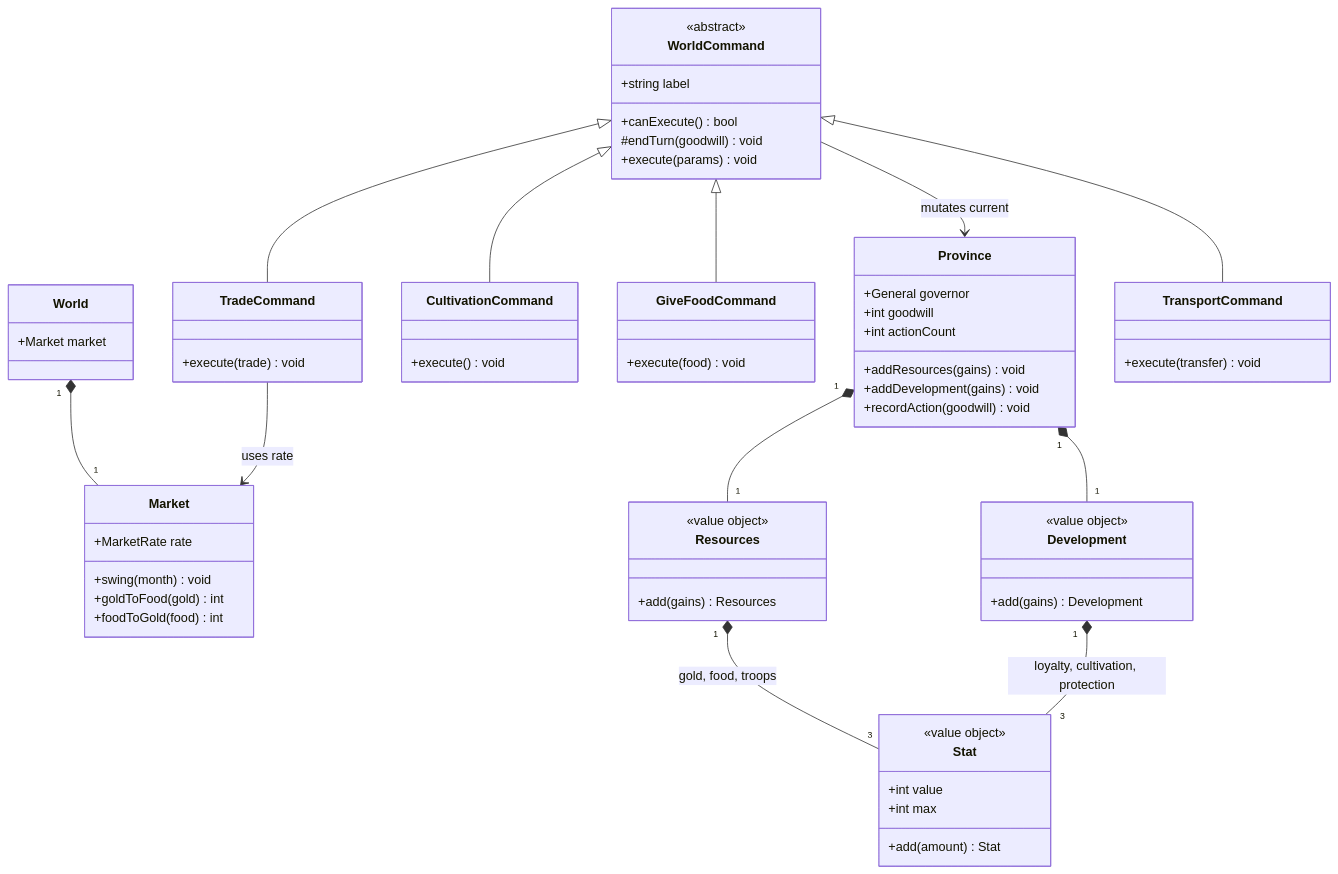
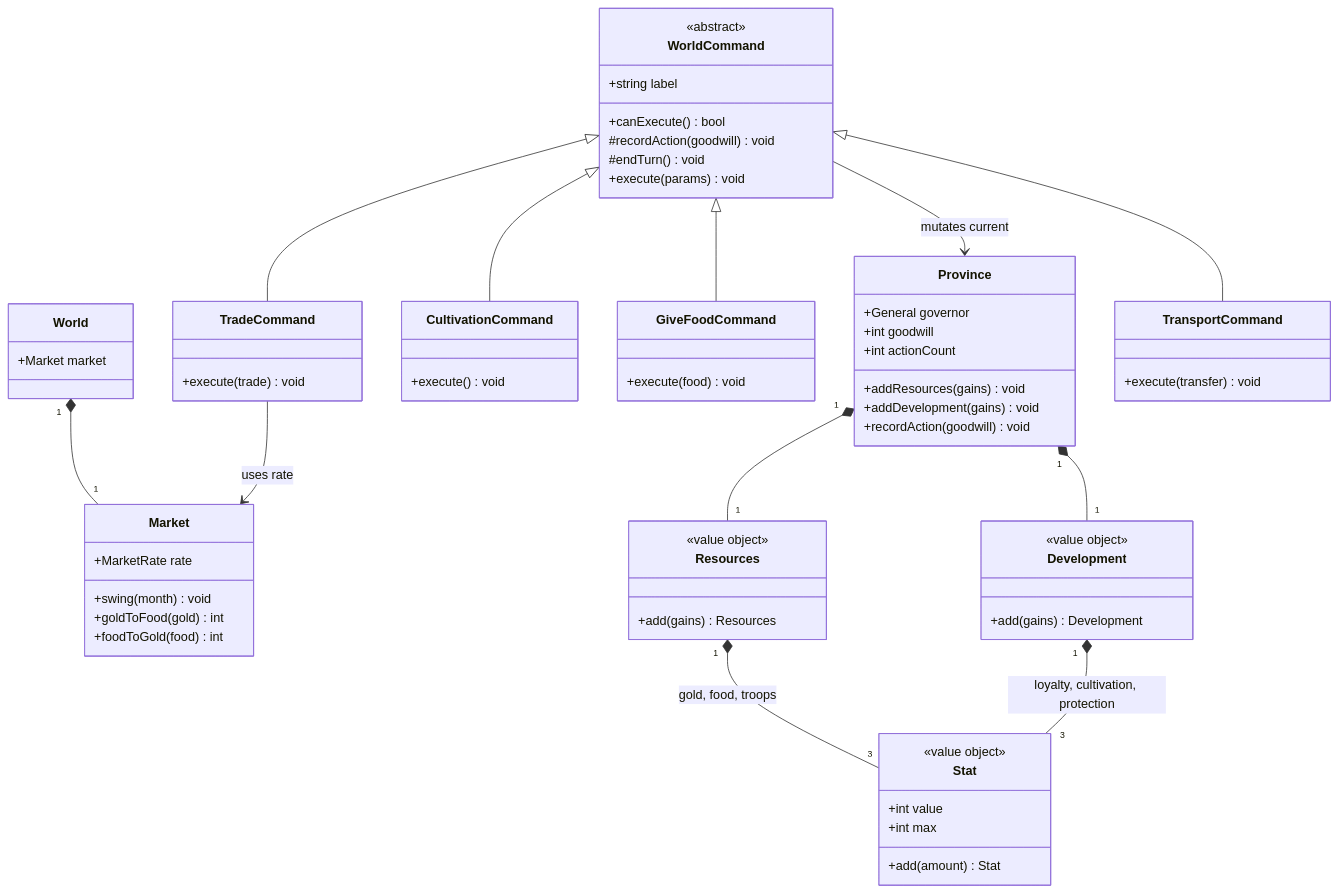
Before and after one commit to pslotinsky/kunstkamera: the second of 3 diagrams in gemfire/docs/design/03-province-economy.md, drawn with Mermaid. The commit also changed other lines of this file and 53 other files, not shown here.

````diff
--- a/gemfire/docs/design/03-province-economy.md
+++ b/gemfire/docs/design/03-province-economy.md
@@ -88,64 +88,65 @@
 ```mermaid
 classDiagram
   class World {
     +Market market
   }
   class Market {
     +MarketRate rate
     +swing(month) void
     +goldToFood(gold) int
     +foodToGold(food) int
   }
   class Stat {
     <<value object>>
     +int value
     +int max
     +add(amount) Stat
   }
   class Resources {
     <<value object>>
     +add(gains) Resources
   }
   class Development {
     <<value object>>
     +add(gains) Development
   }
   class Province {
     +General governor
     +int goodwill
     +int actionCount
     +addResources(gains) void
     +addDevelopment(gains) void
     +recordAction(goodwill) void
   }
   class WorldCommand {
     <<abstract>>
     +string label
     +canExecute() bool
-    #endTurn(goodwill) void
+    #recordAction(goodwill) void
+    #endTurn() void
     +execute(params) void
   }
   class CultivationCommand {
     +execute() void
   }
   class GiveFoodCommand {
     +execute(food) void
   }
   class TradeCommand {
     +execute(trade) void
   }
   class TransportCommand {
     +execute(transfer) void
   }
   World "1" *-- "1" Market
   Province "1" *-- "1" Resources
   Province "1" *-- "1" Development
   Resources "1" *-- "3" Stat : gold, food, troops
   Development "1" *-- "3" Stat : loyalty, cultivation, protection
   WorldCommand <|-- CultivationCommand
   WorldCommand <|-- GiveFoodCommand
   WorldCommand <|-- TradeCommand
   WorldCommand <|-- TransportCommand
   TradeCommand --> Market : uses rate
   WorldCommand --> Province : mutates current
 ```
````
